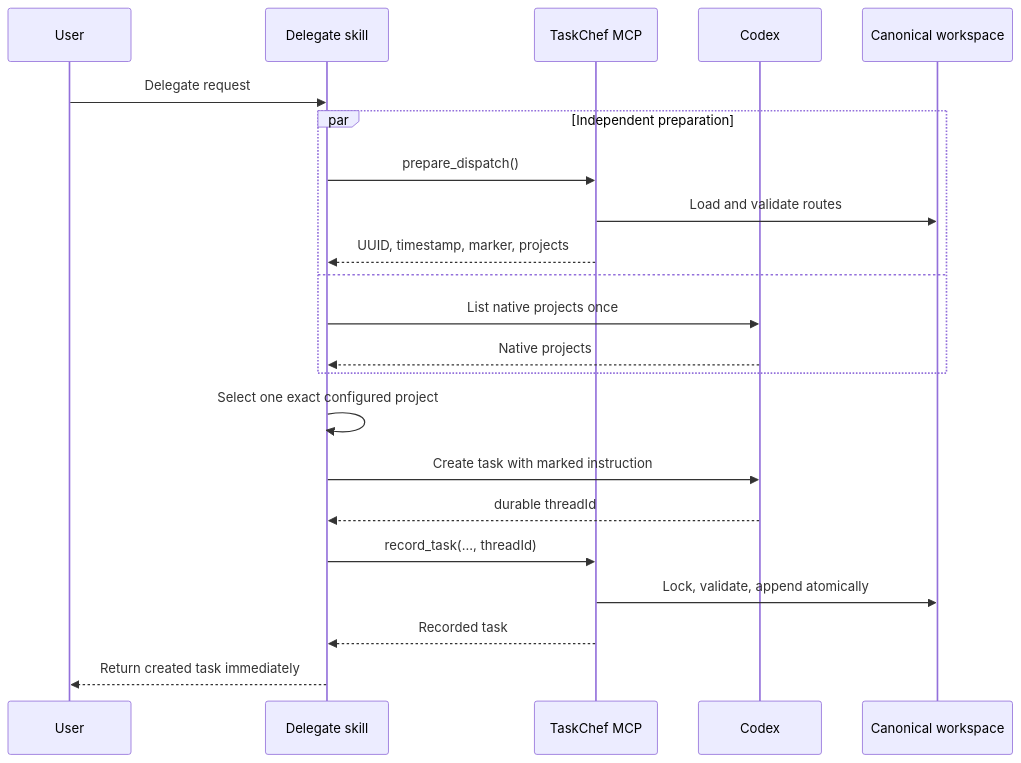
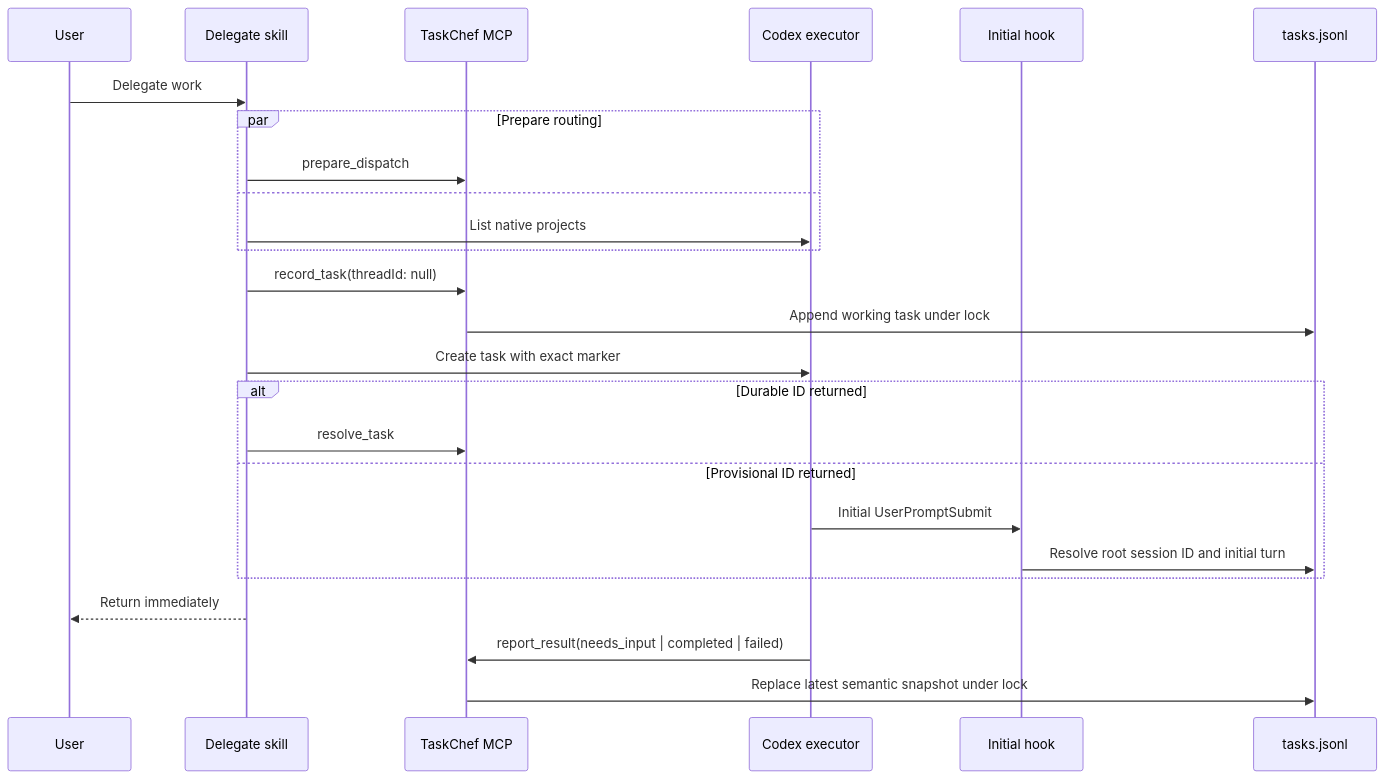
Before and after one commit to favoyang/taskchef: the diagram in docs/delegation-design.md, drawn with Mermaid. The commit also changed other lines of this file and 21 other files, not shown here.

Commit message:
feat: add task result callbacks and fresh reports

````diff
--- a/docs/delegation-design.md
+++ b/docs/delegation-design.md
@@ -78,25 +9,28 @@
 ```mermaid
 sequenceDiagram
     participant U as User
-    participant S as Delegate skill
+    participant D as Delegate skill
     participant M as TaskChef MCP
-    participant C as Codex
-    participant W as Canonical workspace
+    participant C as Codex executor
+    participant H as Initial hook
+    participant W as tasks.jsonl
 
-    U->>S: Delegate request
-    par Independent preparation
-        S->>M: prepare_dispatch()
-        M->>W: Load and validate routes
-        M-->>S: UUID, timestamp, marker, projects
+    U->>D: Delegate work
+    par Prepare routing
+        D->>M: prepare_dispatch
     and
-        S->>C: List native projects once
-        C-->>S: Native projects
+        D->>C: List native projects
     end
-    S->>S: Select one exact configured project
-    S->>C: Create task with marked instruction
-    C-->>S: durable threadId
-    S->>M: record_task(..., threadId)
-    M->>W: Lock, validate, append atomically
-    M-->>S: Recorded task
-    S-->>U: Return created task immediately
+    D->>M: record_task(threadId: null)
+    M->>W: Append working task under lock
+    D->>C: Create task with exact marker
+    alt Durable ID returned
+        D->>M: resolve_task
+    else Provisional ID returned
+        C->>H: Initial UserPromptSubmit
+        H->>W: Resolve root session ID and initial turn
+    end
+    D-->>U: Return immediately
+    C->>M: report_result(needs_input | completed | failed)
+    M->>W: Replace latest semantic snapshot under lock
 ```
````
